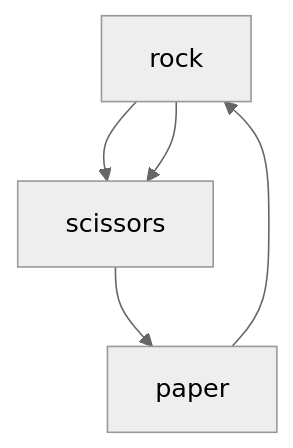
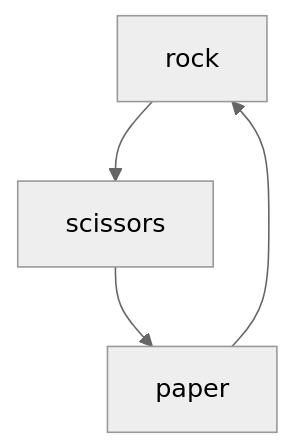
One commit to gerald-phs/rock-paper-scissors changed the diagram in README.md. Above: the diagram before and after it, drawn with Mermaid (neutral theme).

Commit message:
Fix broken diagram

````diff
--- a/README.md
+++ b/README.md
@@ -9,7 +9,6 @@
 ```mermaid
 graph TD;
     rock-->scissors;
     scissors-->paper;
     paper-->rock;
-    rock-->scissors;
 ```
````
